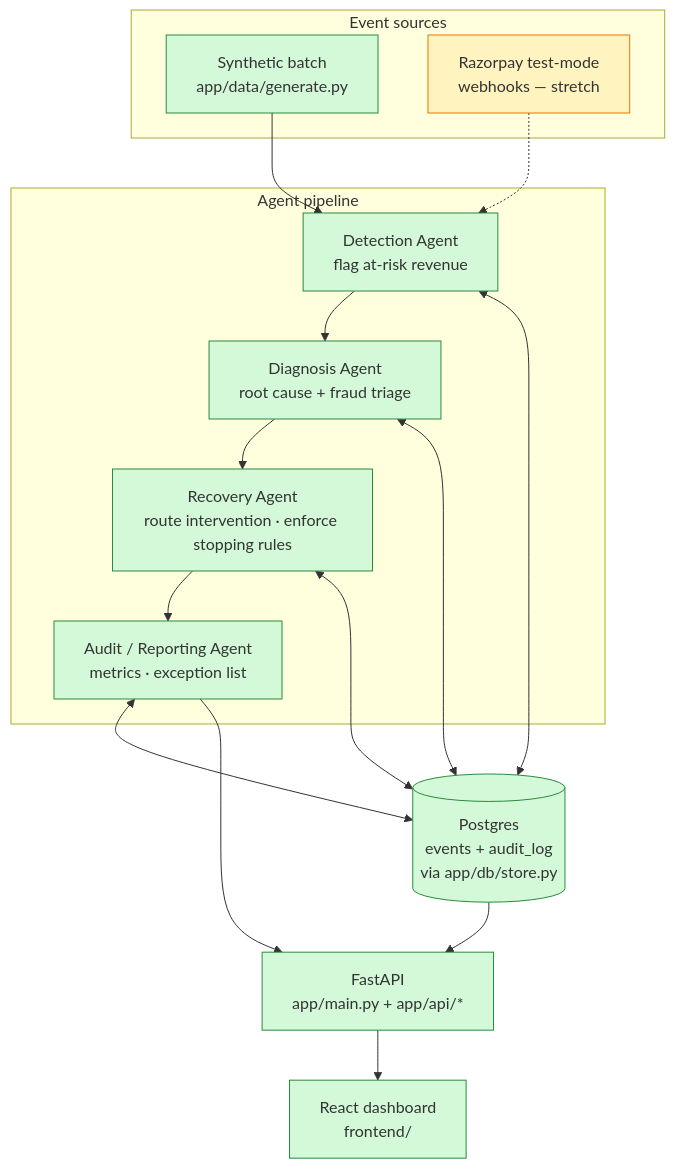
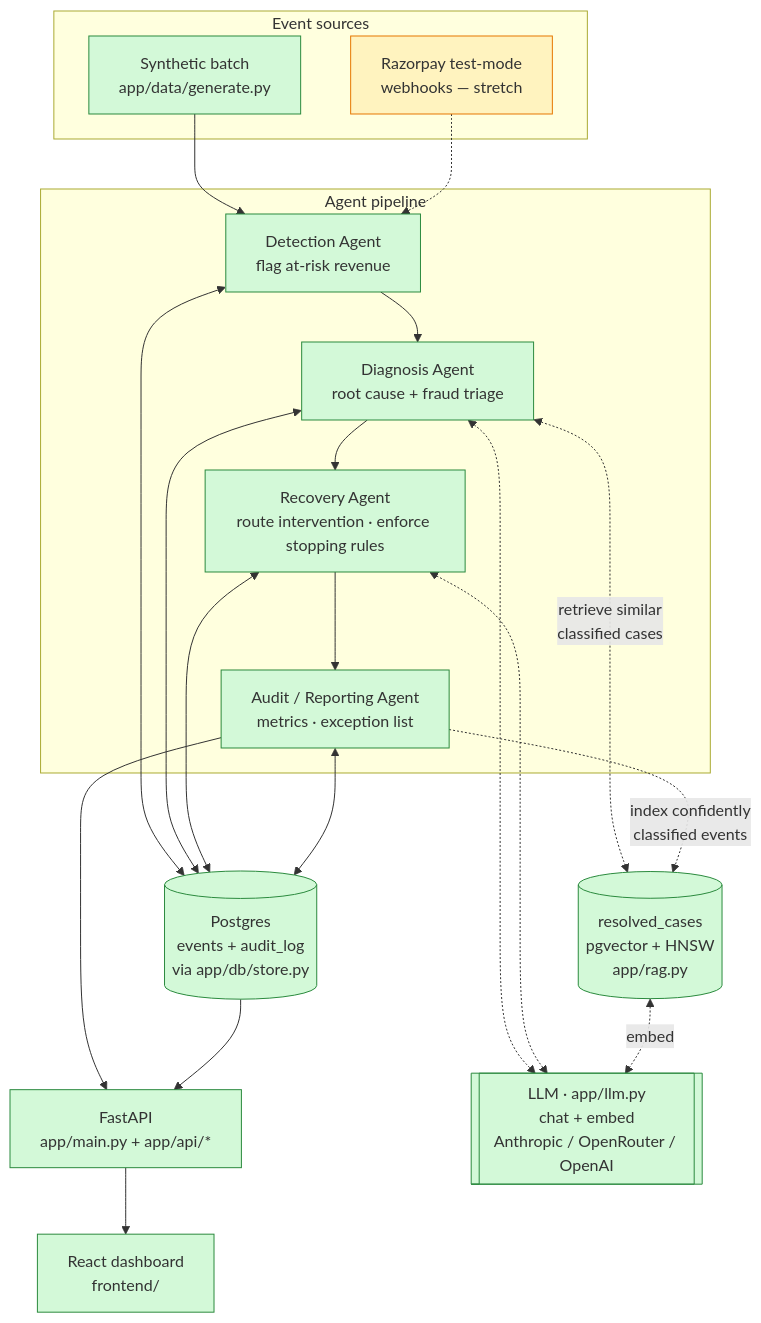
Before and after one commit to Skeletor-Pirate/AI-Revenue-Recovery: the first of 5 diagrams in architecture.md, drawn with Mermaid. The commit also changed other lines of this file and 6 other files, not shown here.

First line of the commit message:
Docs: RAG knowledge base + pgvector container

````diff
--- a/architecture.md
+++ b/architecture.md
@@ -38,34 +41,42 @@
 ```mermaid
 flowchart TD
     subgraph sources [Event sources]
         SYN[Synthetic batch<br/>app/data/generate.py]
         WH[Razorpay test-mode<br/>webhooks — stretch]
     end
 
     SYN --> DET
     WH -.-> DET
 
     subgraph agents [Agent pipeline]
         DET[Detection Agent<br/>flag at-risk revenue]
         DIA[Diagnosis Agent<br/>root cause + fraud triage]
         REC[Recovery Agent<br/>route intervention · enforce stopping rules]
         AUD[Audit / Reporting Agent<br/>metrics · exception list]
         DET --> DIA --> REC --> AUD
     end
 
     DET <--> STORE
     DIA <--> STORE
     REC <--> STORE
     AUD <--> STORE
 
     STORE[(Postgres<br/>events + audit_log<br/>via app/db/store.py)]
 
     AUD --> API
     STORE --> API
     API[FastAPI<br/>app/main.py + app/api/*] --> UI[React dashboard<br/>frontend/]
 
+    DIA <-.->|"retrieve similar<br/>classified cases"| RAG
+    AUD -.->|"index confidently<br/>classified events"| RAG
+    RAG[(resolved_cases<br/>pgvector + HNSW<br/>app/rag.py)]
+    LLM[["LLM · app/llm.py<br/>chat + embed<br/>Anthropic / OpenRouter / OpenAI"]]
+    DIA <-.-> LLM
+    REC <-.-> LLM
+    RAG <-.->|embed| LLM
+
     classDef done fill:#d3f9d8,stroke:#2b8a3e;
     classDef todo fill:#fff3bf,stroke:#e67700;
-    class SYN,STORE,DET,DIA,REC,AUD,API,UI done;
+    class SYN,STORE,DET,DIA,REC,AUD,API,UI,RAG,LLM done;
     class WH todo;
 ```
````
